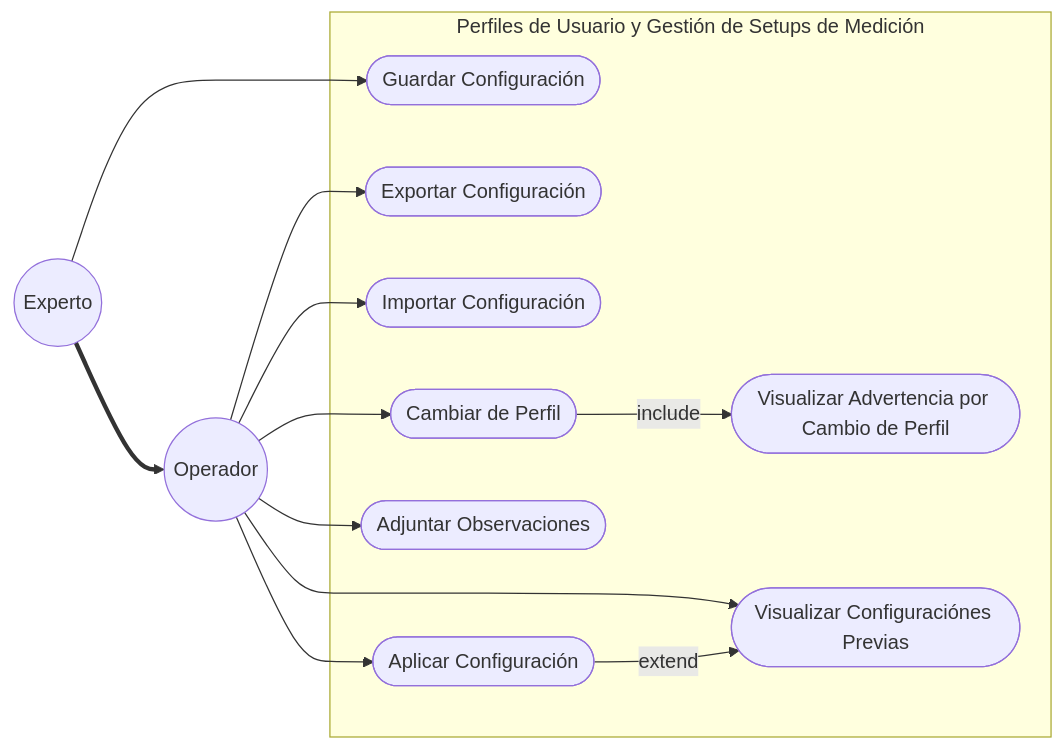
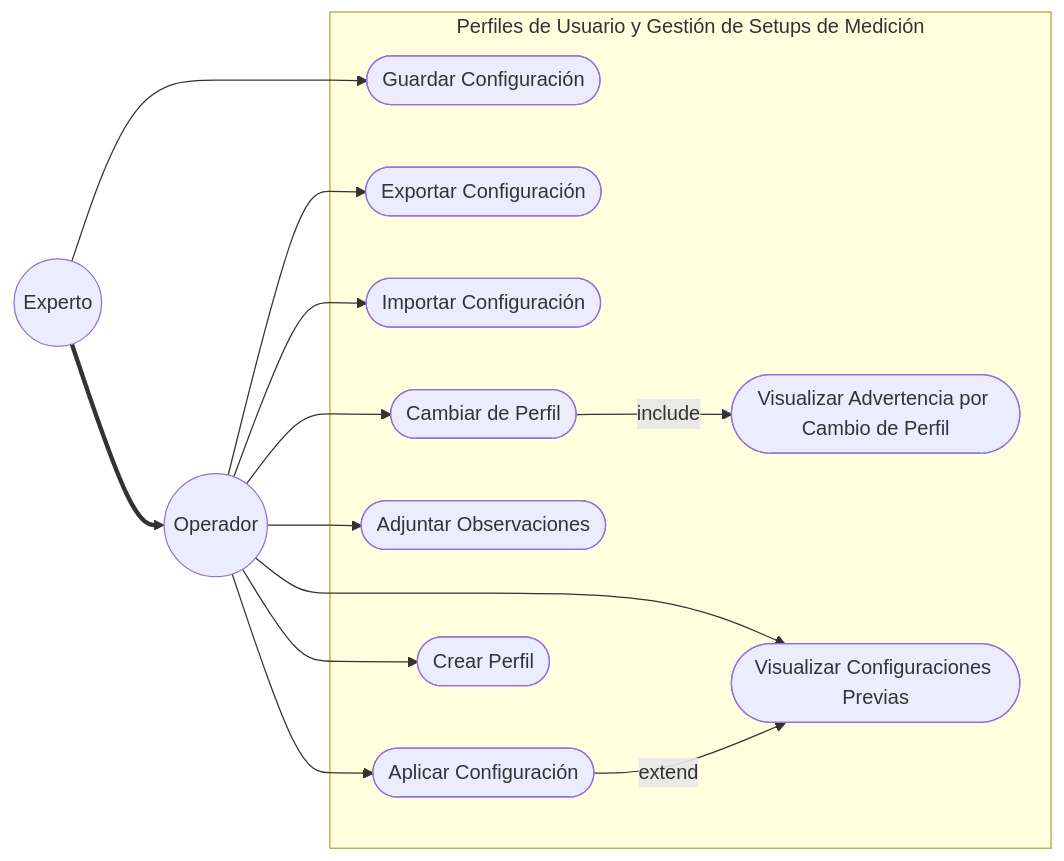
Before and after one commit to alegrelias/Repo-GMini: the fourth of 5 diagrams in Gmini-MarkDown/Casos de Uso.md, drawn with Mermaid. The commit also changed other lines of this file and 1 other file, not shown here.

````diff
--- a/Gmini-MarkDown/Casos de Uso.md
+++ b/Gmini-MarkDown/Casos de Uso.md
@@ -101,34 +101,36 @@
 ```mermaid
 flowchart LR
 %% Actores
 Operador((Operador))
 Experto((Experto))
 
 subgraph Perfiles de Usuario y Gestión de Setups de Medición
 	CU1([Guardar Configuración])
 	CU2([Exportar Configuración])
 	CU3([Importar Configuración])
 	CU4([Aplicar Configuración])
 	CU5([Adjuntar Observaciones])
 	CU6([Cambiar de Perfil])
 	CU7([Visualizar Advertencia por Cambio de Perfil])
-	CU8([Visualizar Configuraciónes Previas])
+	CU8([Visualizar Configuraciones Previas])
+	CU9([Crear Perfil])
 end
 
 %% Jerarquía
 Experto ==> Operador
 
 %% Asociaciones
 Experto --> CU1
 Operador --> CU2
 Operador --> CU3
 Operador --> CU4
 Operador --> CU8
 Operador --> CU5
 Operador --> CU6
+Operador --> CU9
 
 
 %% Relaciones Include/Extend
 CU6 --include--> CU7
 CU4 --extend--> CU8
 ```
````
